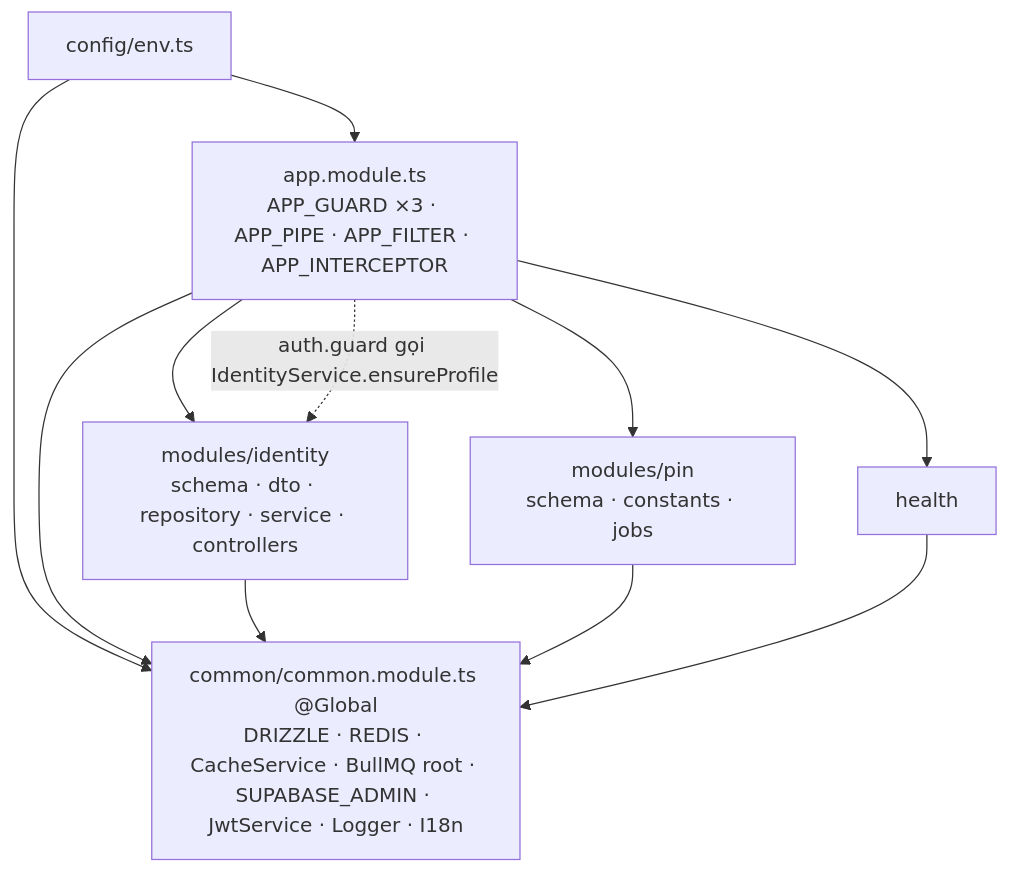
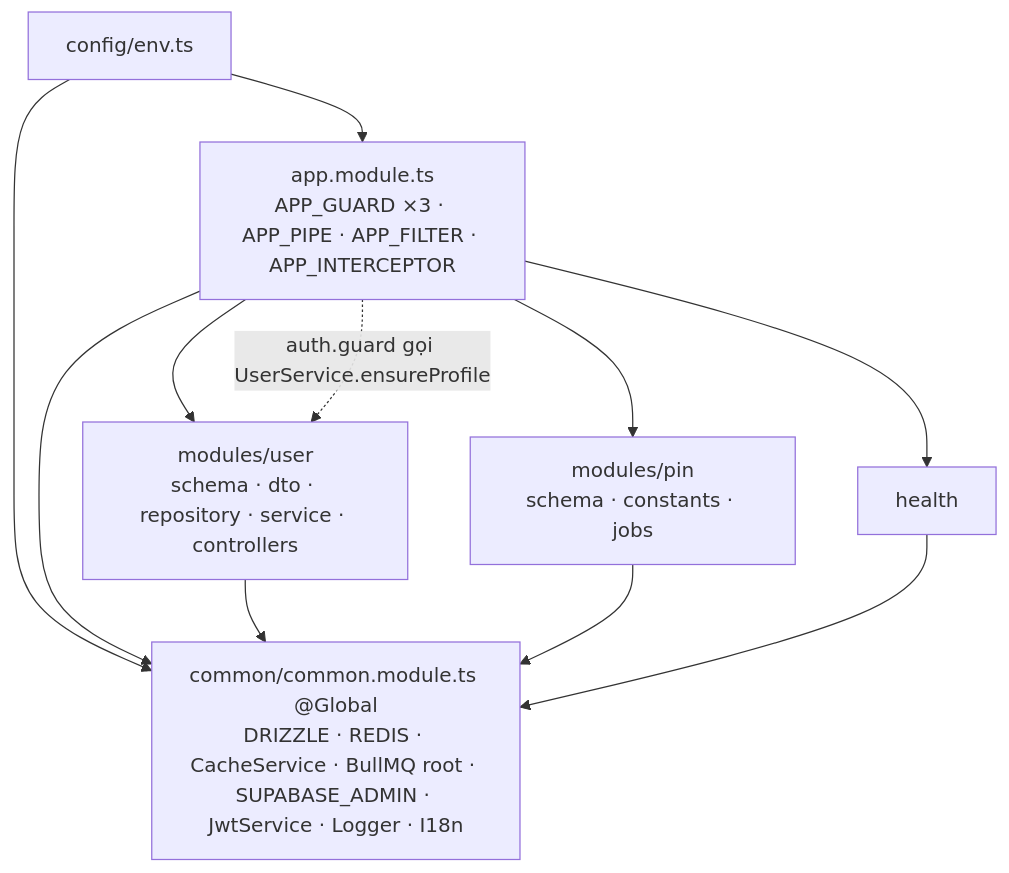
Before and after one commit to JasonEastar/nest-structure: the fifth of 6 diagrams in docs/project-structure-and-flows.md, drawn with Mermaid. The commit also changed other lines of this file and 21 other files, not shown here.

Commit message:
refactor: doi ten module identity -> user (thu muc, file, class, docs); operationId User.* / UserAdmin.*

````diff
--- a/docs/project-structure-and-flows.md
+++ b/docs/project-structure-and-flows.md
@@ -203,19 +203,19 @@
 ```mermaid
 flowchart TB
   APP["app.module.ts<br/>APP_GUARD ×3 · APP_PIPE · APP_FILTER · APP_INTERCEPTOR"]
   CM["common/common.module.ts @Global<br/>DRIZZLE · REDIS · CacheService · BullMQ root · SUPABASE_ADMIN · JwtService · Logger · I18n"]
   ENV["config/env.ts"]
-  ID["modules/identity<br/>schema · dto · repository · service · controllers"]
+  ID["modules/user<br/>schema · dto · repository · service · controllers"]
   PIN["modules/pin<br/>schema · constants · jobs"]
   HL["health"]
   ENV --> CM
   ENV --> APP
   APP --> CM
   APP --> ID
   APP --> PIN
   APP --> HL
   ID --> CM
   PIN --> CM
   HL --> CM
-  APP -. "auth.guard gọi IdentityService.ensureProfile" .-> ID
+  APP -. "auth.guard gọi UserService.ensureProfile" .-> ID
 ```
````
